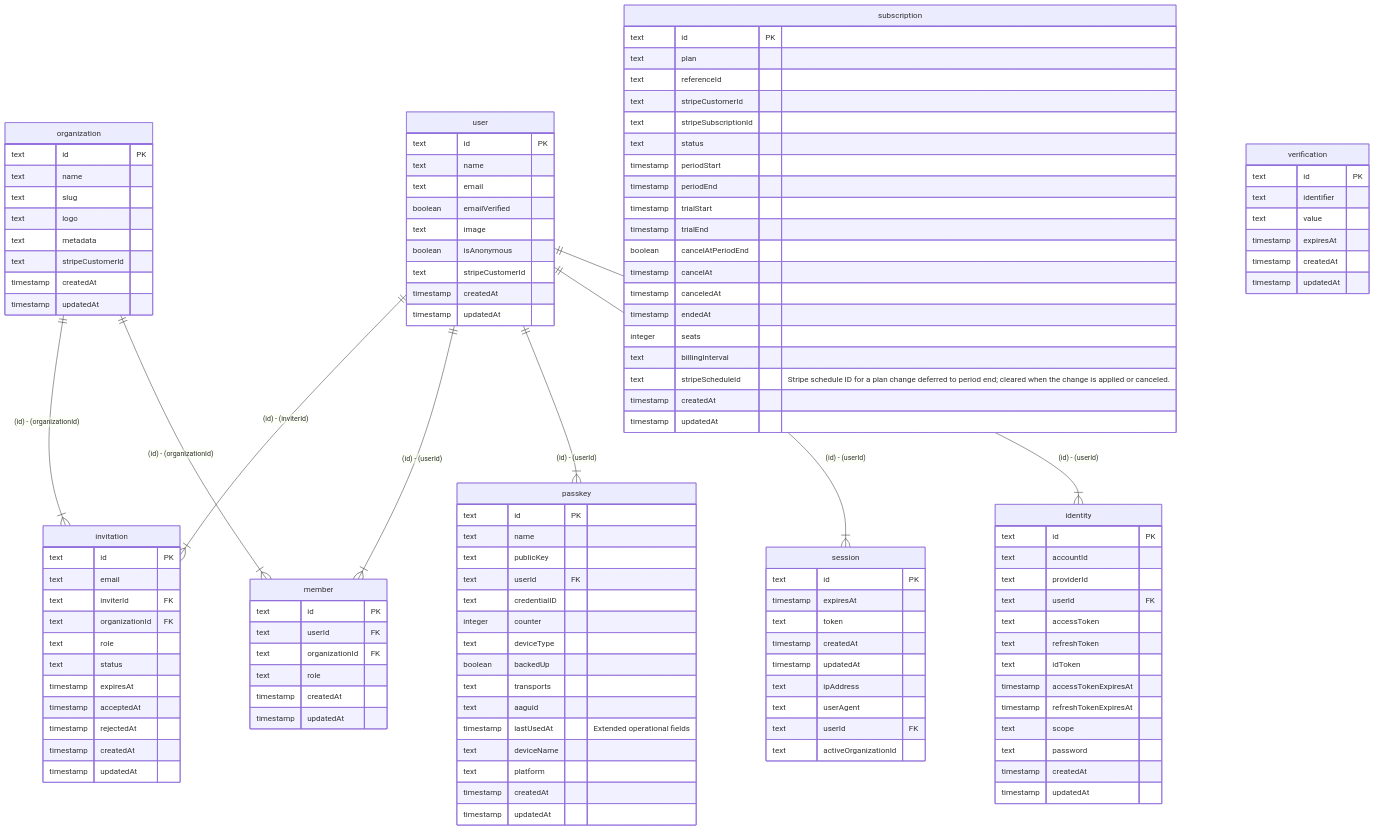
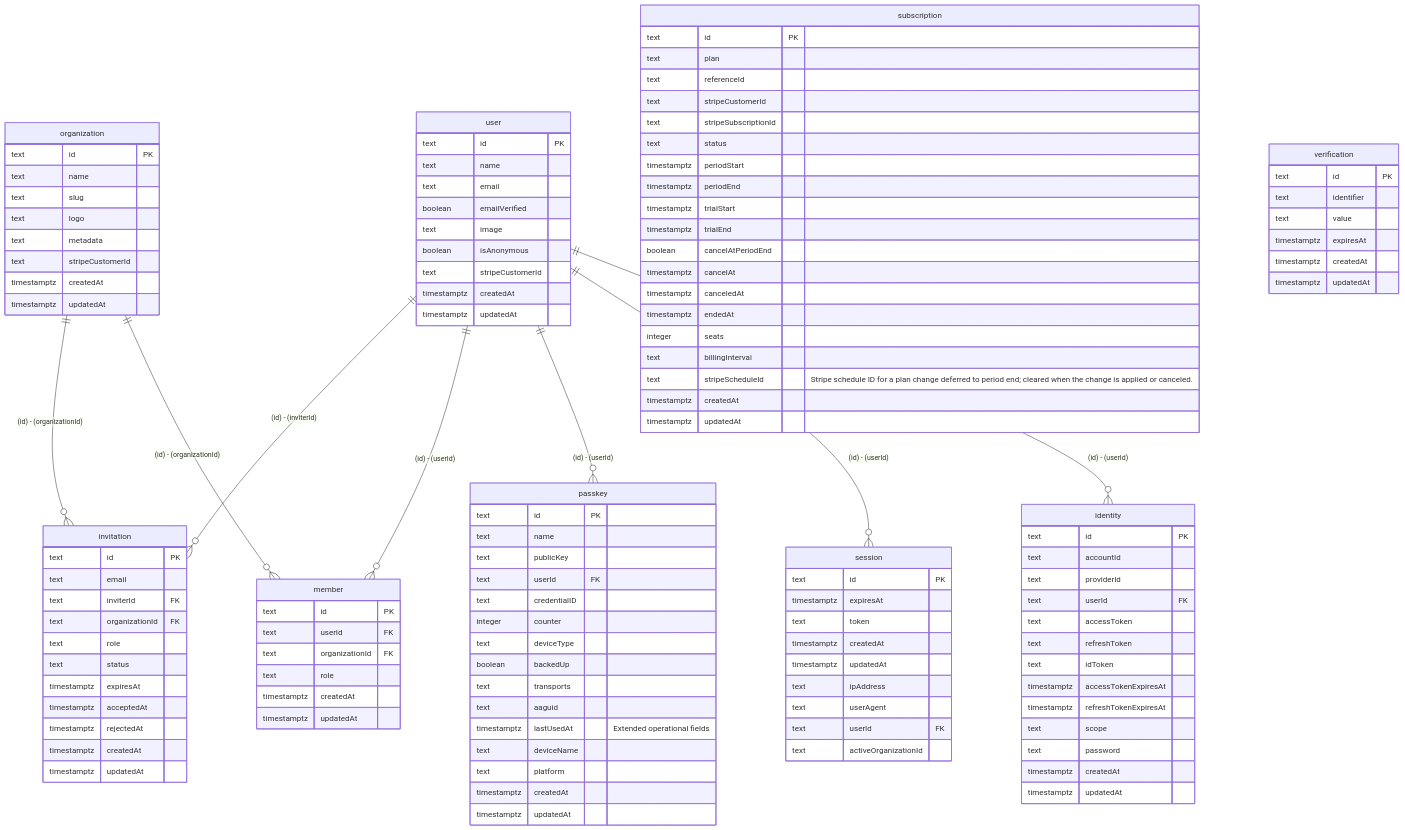
Before and after one commit to nakita628/drizzler-examples: the diagram in apps/react-starter-kit/docs/er.md, drawn with Mermaid. The commit also changed 74 other files, not shown here.

````diff
--- a/apps/react-starter-kit/docs/er.md
+++ b/apps/react-starter-kit/docs/er.md
@@ -1,12 +1,12 @@
 ```mermaid
 erDiagram
-    user ||--|{ invitation : "(id) - (inviterId)"
-    organization ||--|{ invitation : "(id) - (organizationId)"
-    user ||--|{ member : "(id) - (userId)"
-    organization ||--|{ member : "(id) - (organizationId)"
-    user ||--|{ passkey : "(id) - (userId)"
-    user ||--|{ session : "(id) - (userId)"
-    user ||--|{ identity : "(id) - (userId)"
+    user ||--o{ invitation : "(id) - (inviterId)"
+    organization ||--o{ invitation : "(id) - (organizationId)"
+    user ||--o{ member : "(id) - (userId)"
+    organization ||--o{ member : "(id) - (organizationId)"
+    user ||--o{ passkey : "(id) - (userId)"
+    user ||--o{ session : "(id) - (userId)"
+    user ||--o{ identity : "(id) - (userId)"
     invitation {
         text id PK
         text email
@@ -14,11 +14,11 @@
         text organizationId FK
         text role
         text status
-        timestamp expiresAt
-        timestamp acceptedAt
-        timestamp rejectedAt
-        timestamp createdAt
-        timestamp updatedAt
+        timestamptz expiresAt
+        timestamptz acceptedAt
+        timestamptz rejectedAt
+        timestamptz createdAt
+        timestamptz updatedAt
     }
     organization {
         text id PK
@@ -27,16 +27,16 @@
         text logo
         text metadata
         text stripeCustomerId
-        timestamp createdAt
-        timestamp updatedAt
+        timestamptz createdAt
+        timestamptz updatedAt
     }
     member {
         text id PK
         text userId FK
         text organizationId FK
         text role
-        timestamp createdAt
-        timestamp updatedAt
+        timestamptz createdAt
+        timestamptz updatedAt
     }
     passkey {
         text id PK
@@ -49,11 +49,11 @@
         boolean backedUp
         text transports
         text aaguid
-        timestamp lastUsedAt "Extended operational fields"
+        timestamptz lastUsedAt "Extended operational fields"
         text deviceName
         text platform
-        timestamp createdAt
-        timestamp updatedAt
+        timestamptz createdAt
+        timestamptz updatedAt
     }
     subscription {
         text id PK
@@ -62,19 +62,19 @@
         text stripeCustomerId
         text stripeSubscriptionId
         text status
-        timestamp periodStart
-        timestamp periodEnd
-        timestamp trialStart
-        timestamp trialEnd
+        timestamptz periodStart
+        timestamptz periodEnd
+        timestamptz trialStart
+        timestamptz trialEnd
         boolean cancelAtPeriodEnd
-        timestamp cancelAt
-        timestamp canceledAt
-        timestamp endedAt
+        timestamptz cancelAt
+        timestamptz canceledAt
+        timestamptz endedAt
         integer seats
         text billingInterval
         text stripeScheduleId "Stripe schedule ID for a plan change deferred to period end; cleared when the change is applied or canceled."
-        timestamp createdAt
-        timestamp updatedAt
+        timestamptz createdAt
+        timestamptz updatedAt
     }
     user {
         text id PK
@@ -84,15 +84,15 @@
         text image
         boolean isAnonymous
         text stripeCustomerId
-        timestamp createdAt
-        timestamp updatedAt
+        timestamptz createdAt
+        timestamptz updatedAt
     }
     session {
         text id PK
-        timestamp expiresAt
+        timestamptz expiresAt
         text token
-        timestamp createdAt
-        timestamp updatedAt
+        timestamptz createdAt
+        timestamptz updatedAt
         text ipAddress
         text userAgent
         text userId FK
@@ -106,19 +106,19 @@
         text accessToken
         text refreshToken
         text idToken
-        timestamp accessTokenExpiresAt
-        timestamp refreshTokenExpiresAt
+        timestamptz accessTokenExpiresAt
+        timestamptz refreshTokenExpiresAt
         text scope
         text password
-        timestamp createdAt
-        timestamp updatedAt
+        timestamptz createdAt
+        timestamptz updatedAt
     }
     verification {
         text id PK
         text identifier
         text value
-        timestamp expiresAt
-        timestamp createdAt
-        timestamp updatedAt
+        timestamptz expiresAt
+        timestamptz createdAt
+        timestamptz updatedAt
     }
 ```
````
